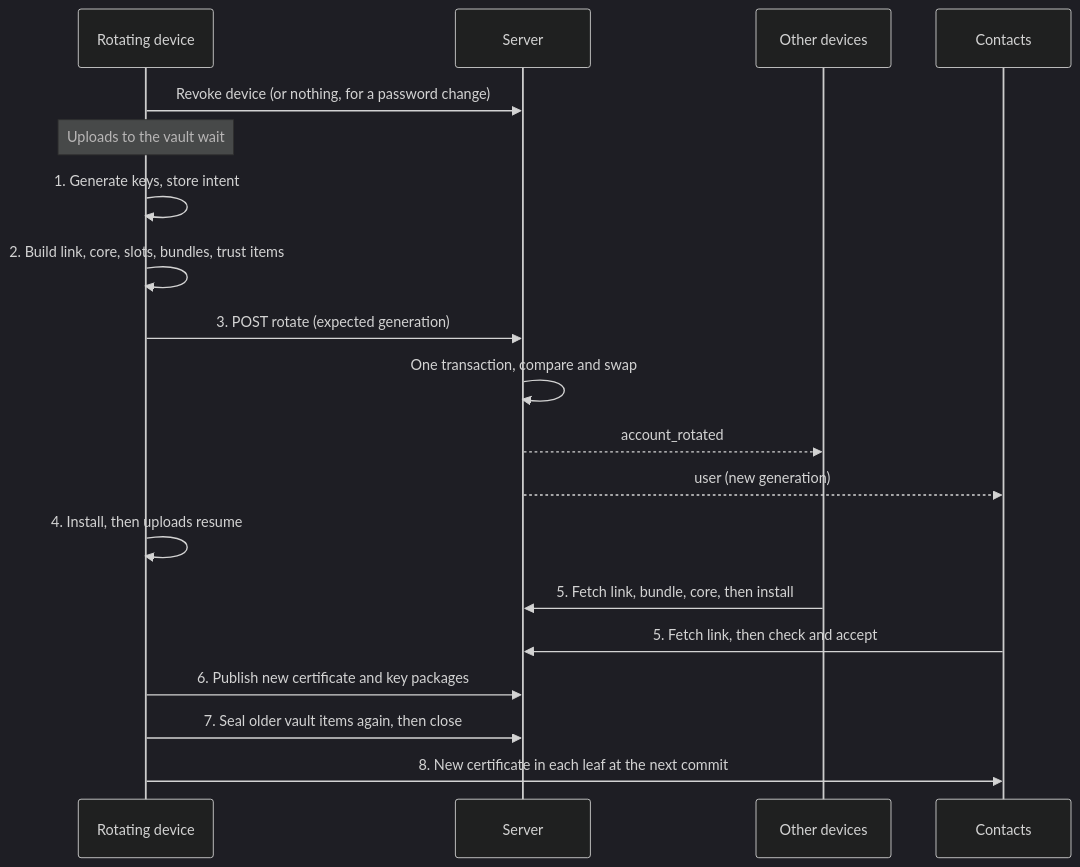
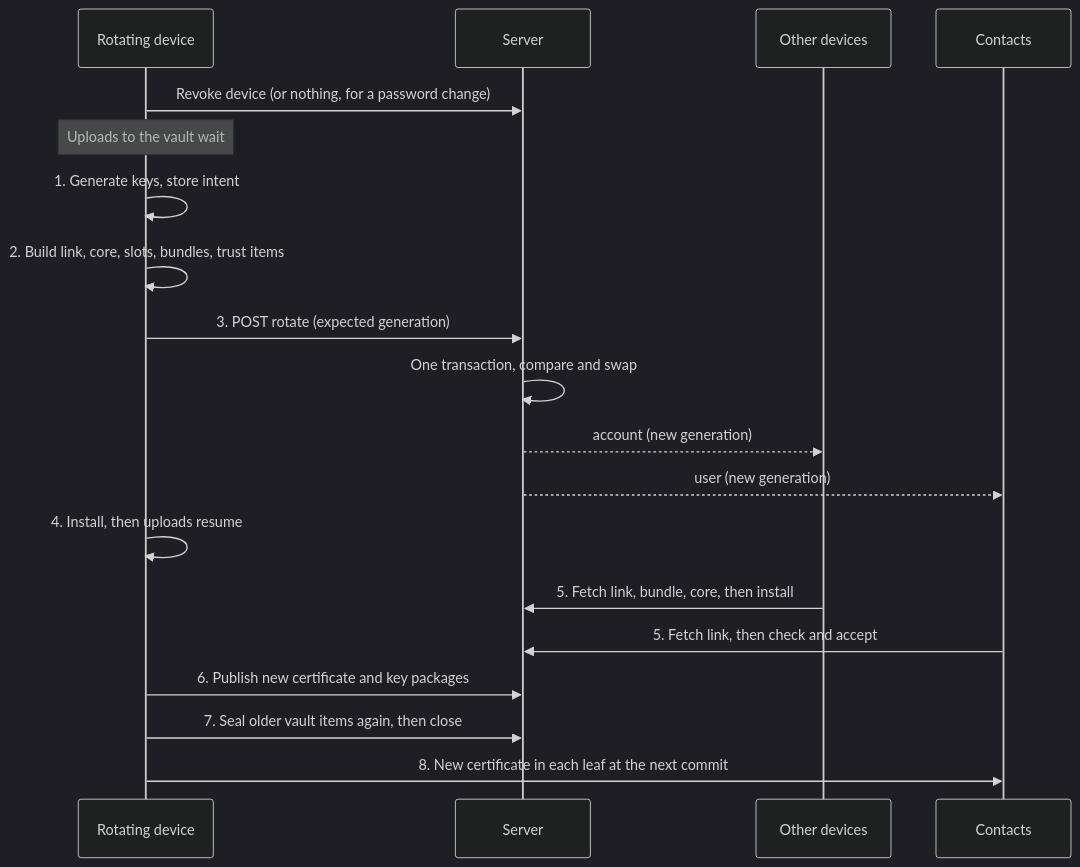
Before and after one commit to zuna-app/zuna: the diagram in docs/ACCOUNT_KEY_ROTATION.md, drawn with Mermaid (dark theme). The commit also changed other lines of this file, not shown here.

First line of the commit message:
docs: brought account_key_rotation.md in line with the manifest and the routes

````diff
--- a/docs/ACCOUNT_KEY_ROTATION.md
+++ b/docs/ACCOUNT_KEY_ROTATION.md
@@ -233,21 +233,21 @@
 ```mermaid
 sequenceDiagram
   participant D as Rotating device
   participant S as Server
   participant O as Other devices
   participant C as Contacts
   D->>S: Revoke device (or nothing, for a password change)
   Note over D: Uploads to the vault wait
   D->>D: 1. Generate keys, store intent
   D->>D: 2. Build link, core, slots, bundles, trust items
   D->>S: 3. POST rotate (expected generation)
   S->>S: One transaction, compare and swap
-  S-->>O: account_rotated
+  S-->>O: account (new generation)
   S-->>C: user (new generation)
   D->>D: 4. Install, then uploads resume
   O->>S: 5. Fetch link, bundle, core, then install
   C->>S: 5. Fetch link, then check and accept
   D->>S: 6. Publish new certificate and key packages
   D->>S: 7. Seal older vault items again, then close
   D->>C: 8. New certificate in each leaf at the next commit
 ```
````
